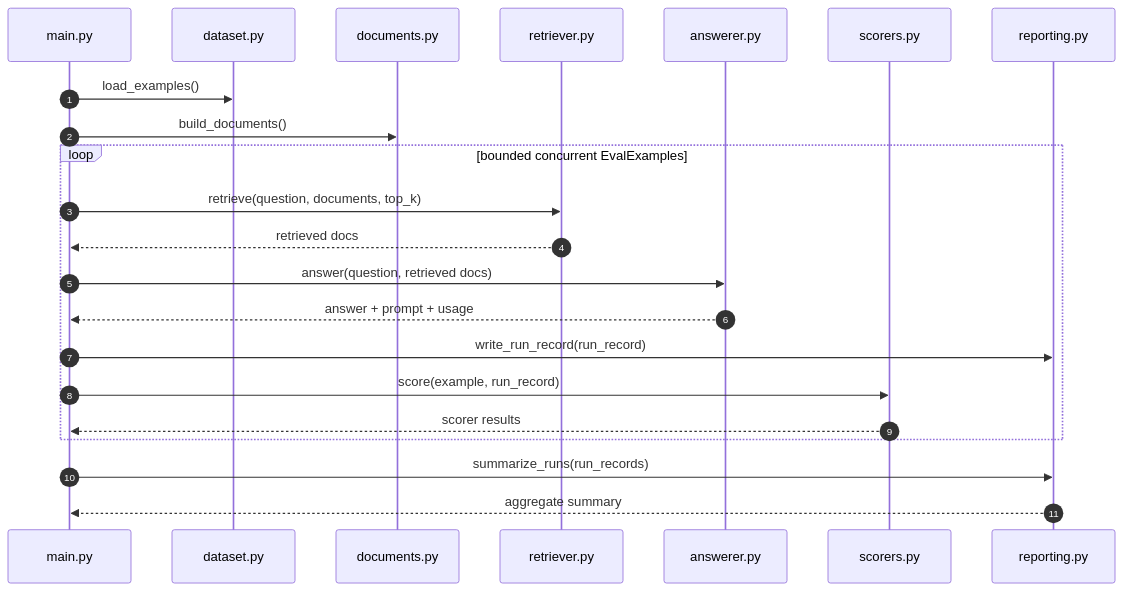
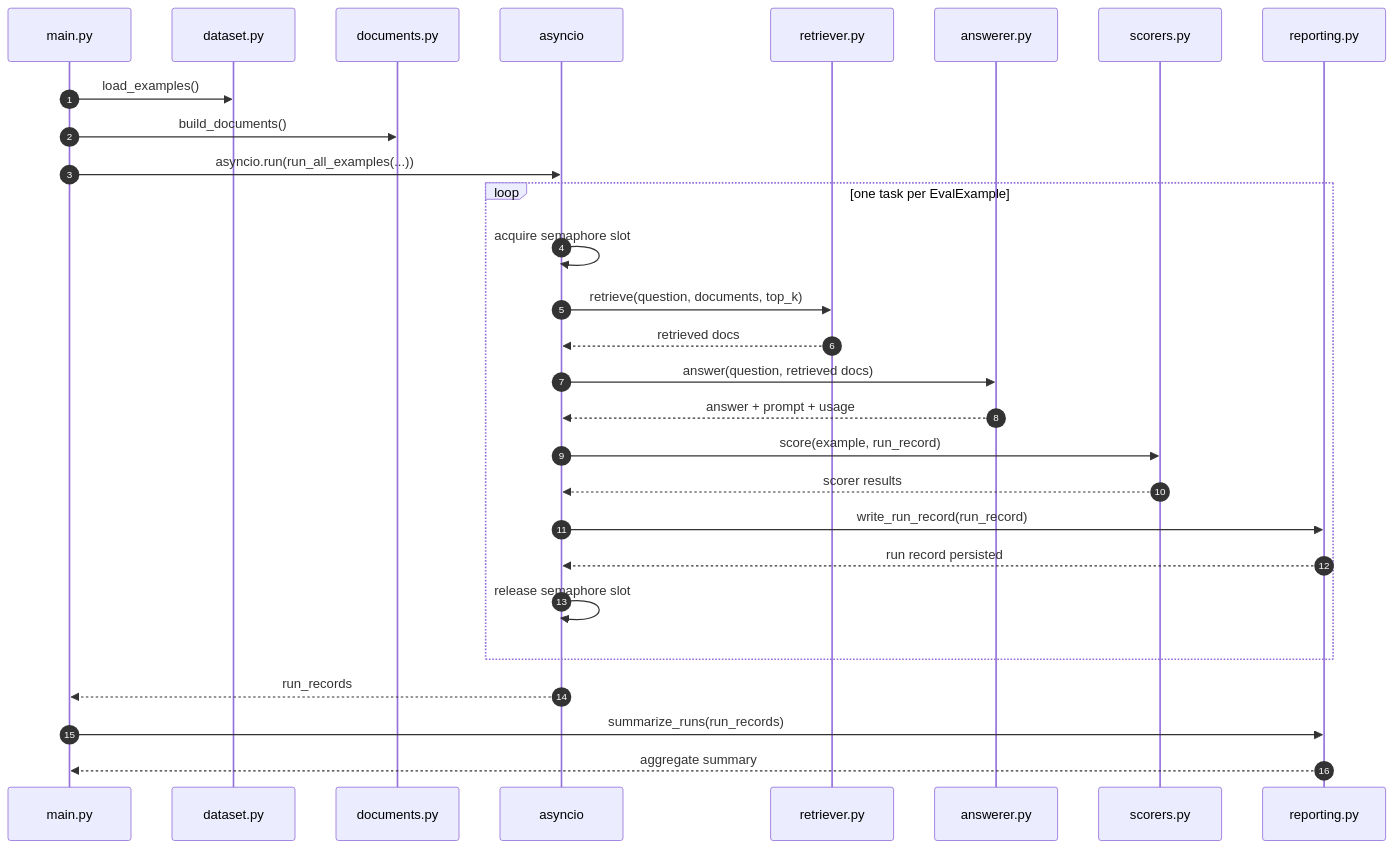
The diagram in src/04-evals/README.md (yao-creative/ai-playground), drawn with Mermaid before and after one commit. The commit also changed other lines of this file and 1 other file, not shown here.

Commit message:
Update eval harness docs and tests

````diff
--- a/src/04-evals/README.md
+++ b/src/04-evals/README.md
@@ -32,25 +32,31 @@
 ```mermaid
 sequenceDiagram
     autonumber
     participant Main as main.py
     participant Dataset as dataset.py
     participant Docs as documents.py
+    participant Async as asyncio
     participant Retriever as retriever.py
     participant Answerer as answerer.py
     participant Scorers as scorers.py
     participant Report as reporting.py
 
     Main->>Dataset: load_examples()
     Main->>Docs: build_documents()
-    loop bounded concurrent EvalExamples
-        Main->>Retriever: retrieve(question, documents, top_k)
-        Retriever-->>Main: retrieved docs
-        Main->>Answerer: answer(question, retrieved docs)
-        Answerer-->>Main: answer + prompt + usage
-        Main->>Report: write_run_record(run_record)
-        Main->>Scorers: score(example, run_record)
-        Scorers-->>Main: scorer results
+    Main->>Async: asyncio.run(run_all_examples(...))
+    loop one task per EvalExample
+        Async->>Async: acquire semaphore slot
+        Async->>Retriever: retrieve(question, documents, top_k)
+        Retriever-->>Async: retrieved docs
+        Async->>Answerer: answer(question, retrieved docs)
+        Answerer-->>Async: answer + prompt + usage
+        Async->>Scorers: score(example, run_record)
+        Scorers-->>Async: scorer results
+        Async->>Report: write_run_record(run_record)
+        Report-->>Async: run record persisted
+        Async->>Async: release semaphore slot
     end
+    Async-->>Main: run_records
     Main->>Report: summarize_runs(run_records)
     Report-->>Main: aggregate summary
 ```
````
